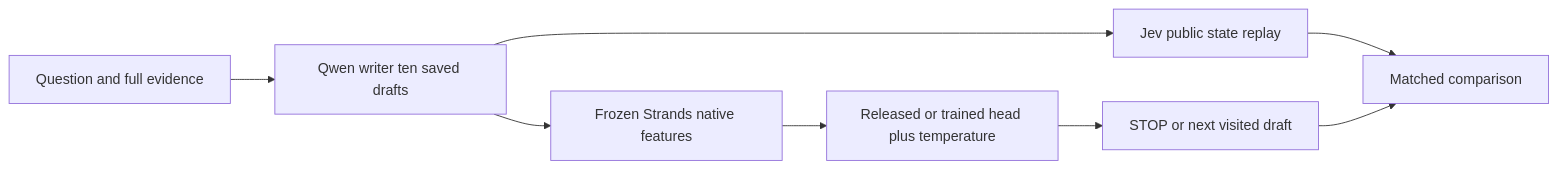
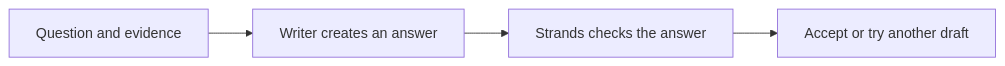
One commit to acm-research-f26/Halt-IQ changed the diagram in results/strands-20261018/strands-head-finetuning-writeup.md. Above: the diagram before and after it, drawn with Mermaid. The commit also changed other lines of this file and 4 other files, not shown here.

````diff
--- a/results/strands-20261018/strands-head-finetuning-writeup.md
+++ b/results/strands-20261018/strands-head-finetuning-writeup.md
@@ -53,10 +25,6 @@
 ```mermaid
 flowchart LR
-    I[Question and full evidence] --> W[Qwen writer ten saved drafts]
-    W --> E[Frozen Strands native features]
-    E --> H[Released or trained head plus temperature]
-    H --> P[STOP or next visited draft]
-    W --> J[Jev public state replay]
-    J --> C[Matched comparison]
-    P --> C
+    Q[Question and evidence] --> W[Writer creates an answer]
+    W --> S[Strands checks the answer]
+    S --> D[Accept or try another draft]
 ```
````
